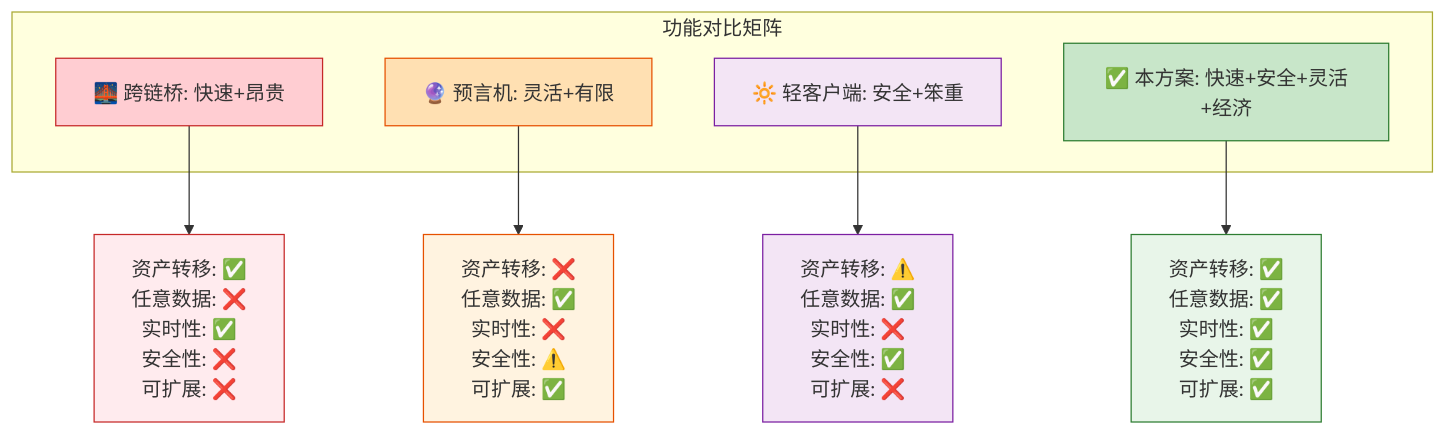
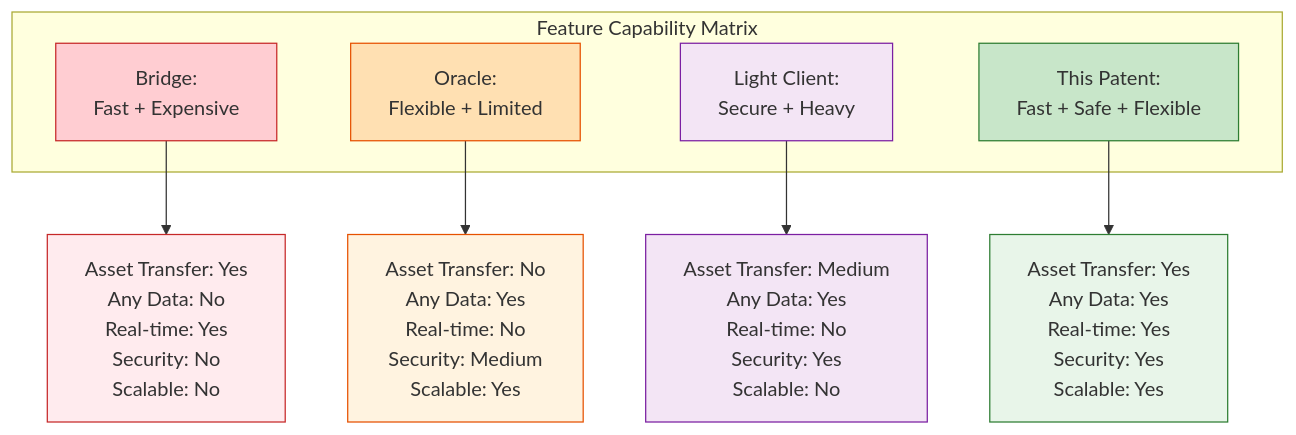
Before and after one commit to JCCDex/jcc_document: diagram 14 of 17 in src/jcc_blog/pic.md, drawn with Mermaid. The commit also changed other lines of this file, not shown here.

First line of the commit message:
Fix Mermaid 8.9.2 compatibility issues

````diff
--- a/src/jcc_blog/pic.md
+++ b/src/jcc_blog/pic.md
@@ -457,27 +457,27 @@
 ```mermaid
 graph TB
-    subgraph Capability["功能对比矩阵"]
-        H1["🌉 跨链桥: 快速+昂贵"]
-        H2["🔮 预言机: 灵活+有限"]
-        H3["🔆 轻客户端: 安全+笨重"]
-        H4["✅ 本方案: 快速+安全+灵活+经济"]
+    subgraph Capability["Feature Capability Matrix"]
+        H1["Bridge:<br/>Fast + Expensive"]
+        H2["Oracle:<br/>Flexible + Limited"]
+        H3["Light Client:<br/>Secure + Heavy"]
+        H4["This Patent:<br/>Fast + Safe + Flexible"]
     end
     
-    H1 --> Props1["资产转移: ✅<br/>任意数据: ❌<br/>实时性: ✅<br/>安全性: ❌<br/>可扩展: ❌"]
+    H1 --> Props1["Asset Transfer: Yes<br/>Any Data: No<br/>Real-time: Yes<br/>Security: No<br/>Scalable: No"]
     
-    H2 --> Props2["资产转移: ❌<br/>任意数据: ✅<br/>实时性: ❌<br/>安全性: ⚠️<br/>可扩展: ✅"]
+    H2 --> Props2["Asset Transfer: No<br/>Any Data: Yes<br/>Real-time: No<br/>Security: Medium<br/>Scalable: Yes"]
     
-    H3 --> Props3["资产转移: ⚠️<br/>任意数据: ✅<br/>实时性: ❌<br/>安全性: ✅<br/>可扩展: ❌"]
+    H3 --> Props3["Asset Transfer: Medium<br/>Any Data: Yes<br/>Real-time: No<br/>Security: Yes<br/>Scalable: No"]
     
-    H4 --> Props4["资产转移: ✅<br/>任意数据: ✅<br/>实时性: ✅<br/>安全性: ✅<br/>可扩展: ✅"]
+    H4 --> Props4["Asset Transfer: Yes<br/>Any Data: Yes<br/>Real-time: Yes<br/>Security: Yes<br/>Scalable: Yes"]
     
     style H1 fill:#ffcdd2,stroke:#c62828
     style H2 fill:#ffe0b2,stroke:#e65100
     style H3 fill:#f3e5f5,stroke:#7b1fa2
     style H4 fill:#c8e6c9,stroke:#2e7d32
     
     style Props1 fill:#ffebee,stroke:#c62828
     style Props2 fill:#fff3e0,stroke:#e65100
     style Props3 fill:#f3e5f5,stroke:#7b1fa2
     style Props4 fill:#e8f5e9,stroke:#2e7d32
 ```
````
